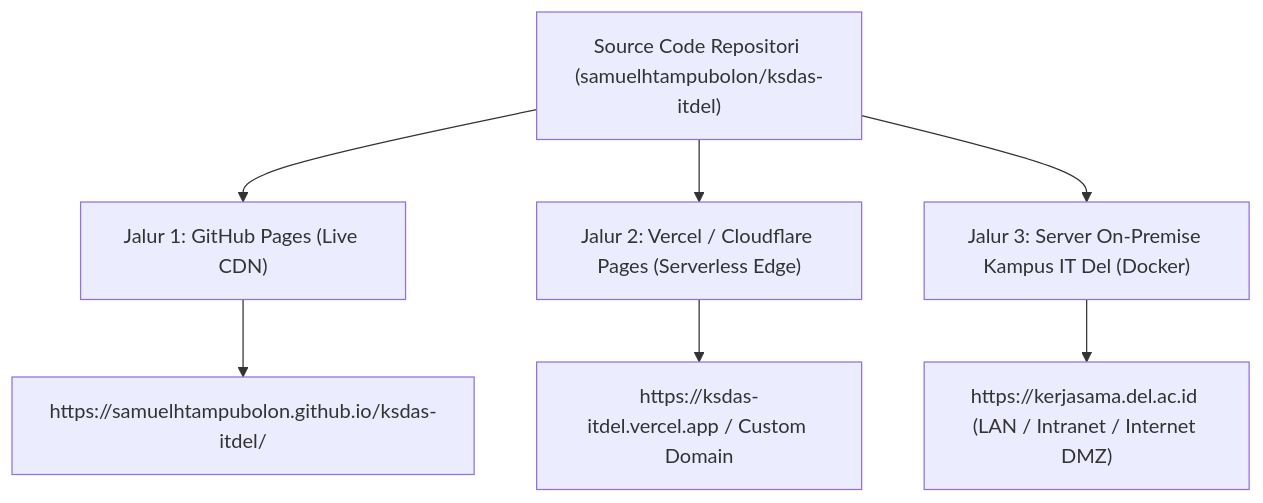
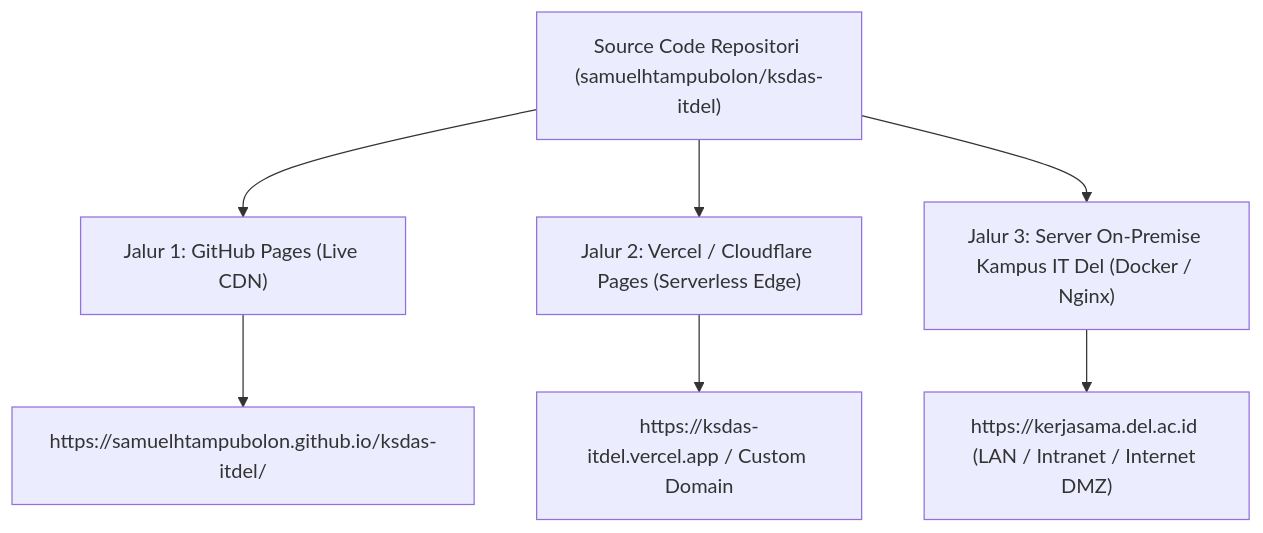
Before and after one commit to samuelhtampubolon/ksdas-itdel: the second of 3 diagrams in README.md, drawn with Mermaid. The commit also changed other lines of this file and 9 other files, not shown here.

Commit message:
feat: transform to conventional on-premise information system and database, remove all AI/ML/OCR terms, curate 10 official accredited documents, and provide campus server alternative to public cloud

````diff
--- a/README.md
+++ b/README.md
@@ -86,12 +116,12 @@
 ```mermaid
 graph TD
     Repo["Source Code Repositori (samuelhtampubolon/ksdas-itdel)"]
 
     Repo --> J1["Jalur 1: GitHub Pages (Live CDN)"]
     Repo --> J2["Jalur 2: Vercel / Cloudflare Pages (Serverless Edge)"]
-    Repo --> J3["Jalur 3: Server On-Premise Kampus IT Del (Docker)"]
+    Repo --> J3["Jalur 3: Server On-Premise Kampus IT Del (Docker / Nginx)"]
 
     J1 --> U1["https://samuelhtampubolon.github.io/ksdas-itdel/"]
     J2 --> U2["https://ksdas-itdel.vercel.app / Custom Domain"]
     J3 --> U3["https://kerjasama.del.ac.id (LAN / Intranet / Internet DMZ)"]
 ```
````
